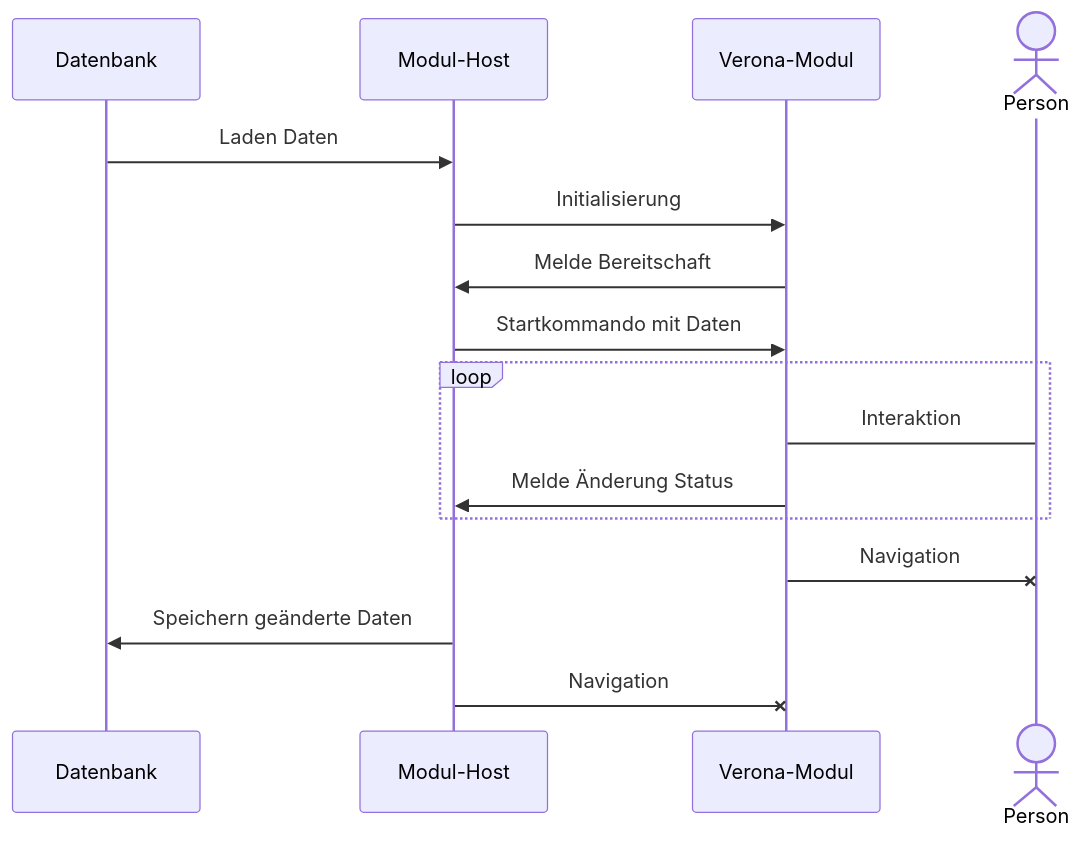
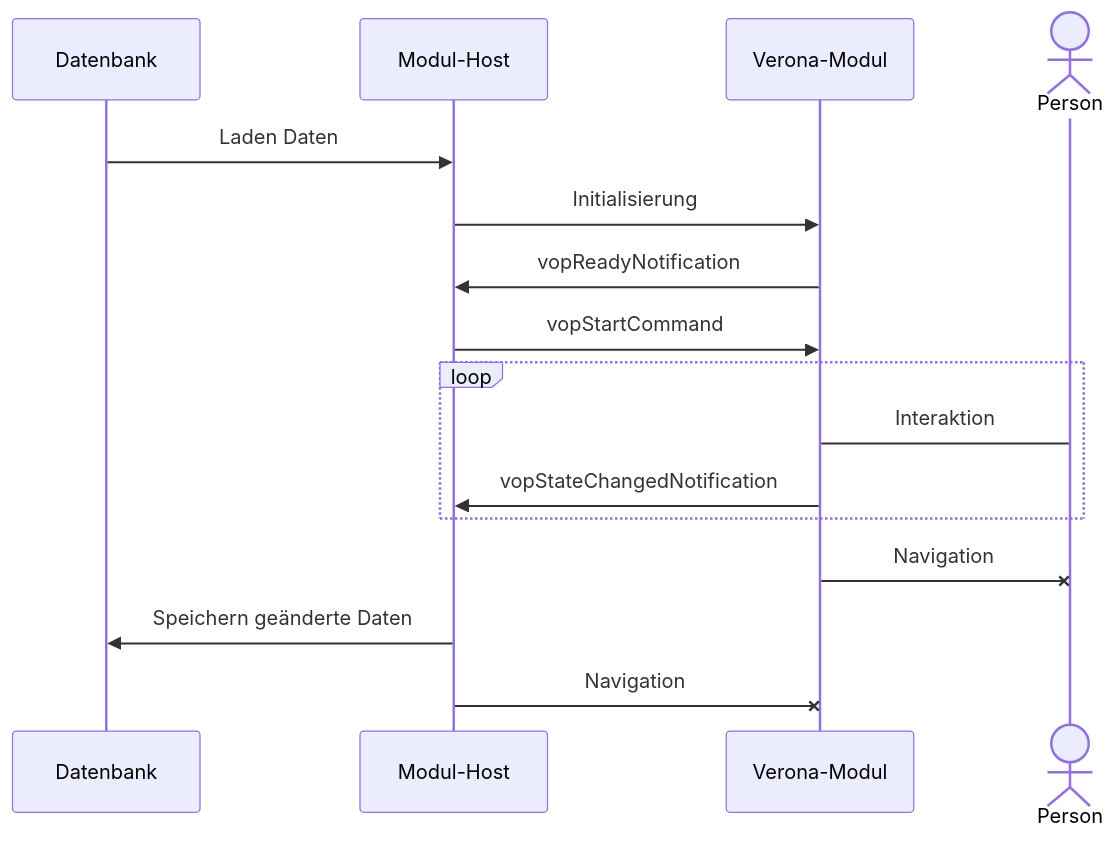
The diagram in intro/modelling.qmd (verona-interfaces/verona-interfaces.github.io), drawn with Mermaid before and after one commit. The commit also changed other lines of this file and 4 other files, not shown here.

````diff
--- a/intro/modelling.qmd
+++ b/intro/modelling.qmd
@@ -6,19 +6,19 @@
 ```{mermaid}
 sequenceDiagram
     participant DB as Datenbank
     participant MH as Modul-Host
 
     DB->>MH:Laden Daten
     participant VM as Verona-Modul
     MH->>VM:Initialisierung
-    VM->>MH:Melde Bereitschaft
-    MH->>VM:Startkommando mit Daten
+    VM->>MH:vopReadyNotification
+    MH->>VM:vopStartCommand
     loop
         Actor TP as Person
         VM->TP:Interaktion
-        VM->>MH:Melde Änderung Status
+        VM->>MH:vopStateChangedNotification
     end
     VM-xTP:Navigation
     MH->>DB:Speichern geänderte Daten
     MH-xVM:Navigation
 ```
````
